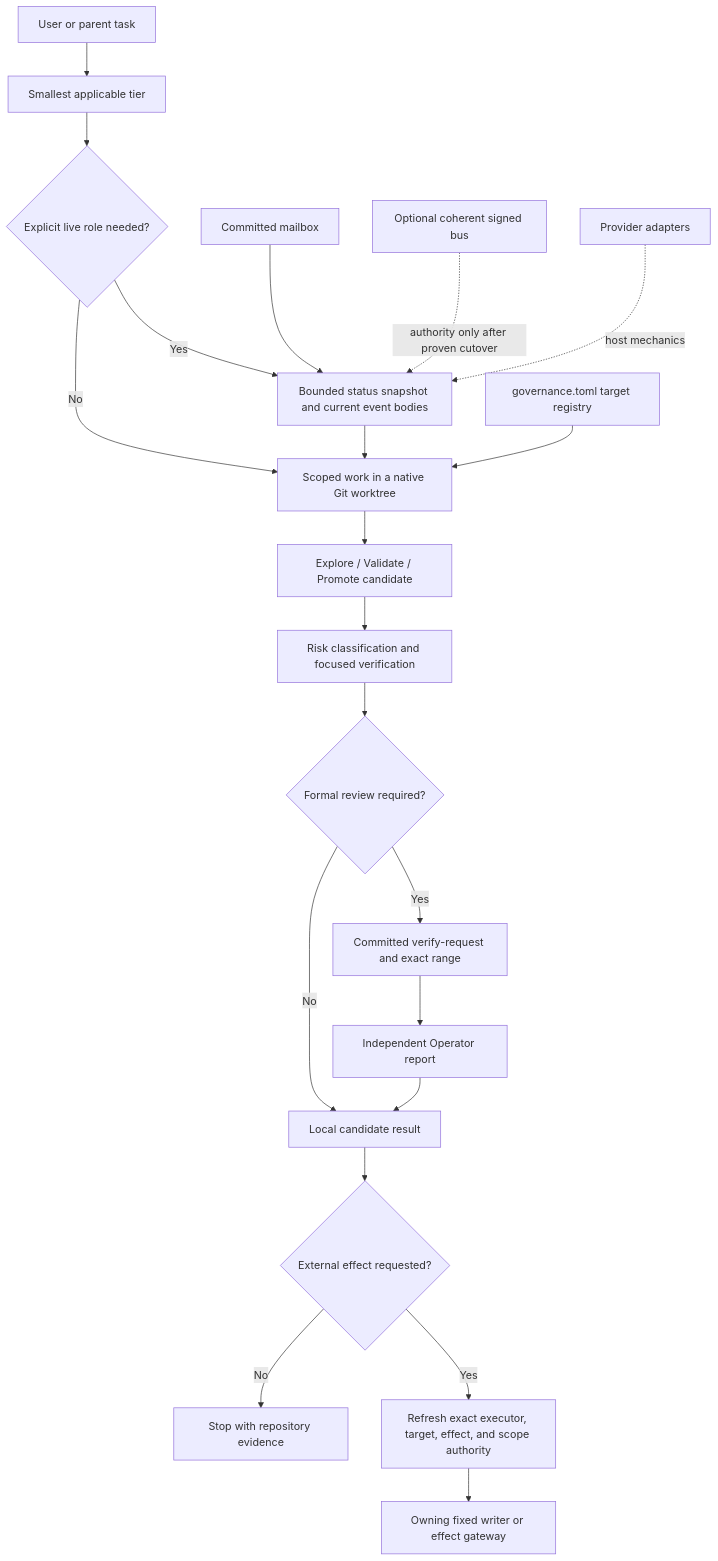
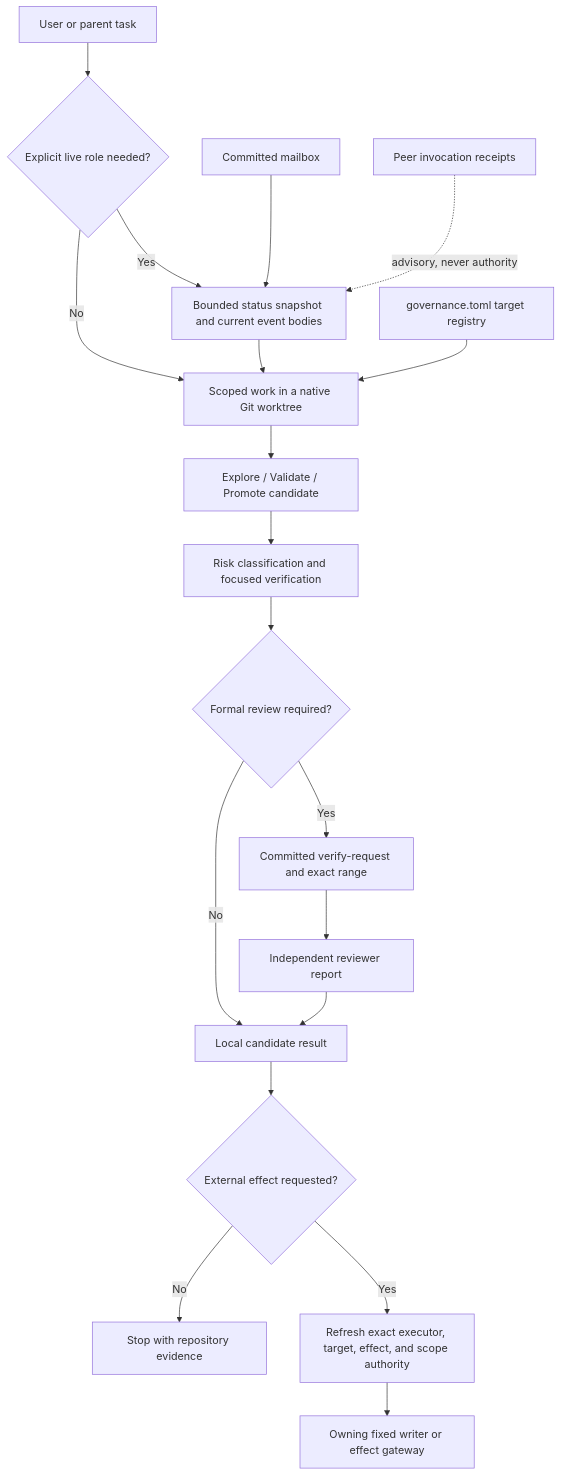
One commit to hkk009008-svg/governance-os changed the diagram in docs/REPOSITORY-MANUAL.md. Above: the diagram before and after it, drawn with Mermaid. The commit also changed other lines of this file and 59 other files, not shown here.

````diff
--- a/docs/REPOSITORY-MANUAL.md
+++ b/docs/REPOSITORY-MANUAL.md
@@ -168,24 +169,22 @@
 ```mermaid
 flowchart TD
-    U["User or parent task"] --> T["Smallest applicable tier"]
-    T --> R{"Explicit live role needed?"}
+    U["User or parent task"] --> R{"Explicit live role needed?"}
     R -->|No| W["Scoped work in a native Git worktree"]
     R -->|Yes| O["Bounded status snapshot and current event bodies"]
     O --> W
     W --> M["Explore / Validate / Promote candidate"]
     M --> K["Risk classification and focused verification"]
     K --> F{"Formal review required?"}
     F -->|No| C["Local candidate result"]
     F -->|Yes| Q["Committed verify-request and exact range"]
-    Q --> V["Independent Operator report"]
+    Q --> V["Independent reviewer report"]
     V --> C
     C --> E{"External effect requested?"}
     E -->|No| D["Stop with repository evidence"]
     E -->|Yes| A["Refresh exact executor, target, effect, and scope authority"]
     A --> X["Owning fixed writer or effect gateway"]
 
     MB["Committed mailbox"] --> O
-    SB["Optional coherent signed bus"] -. "authority only after proven cutover" .-> O
-    P["Provider adapters"] -. "host mechanics" .-> O
+    PR["Peer invocation receipts"] -. "advisory, never authority" .-> O
     G["governance.toml target registry"] --> W
 ```
````
